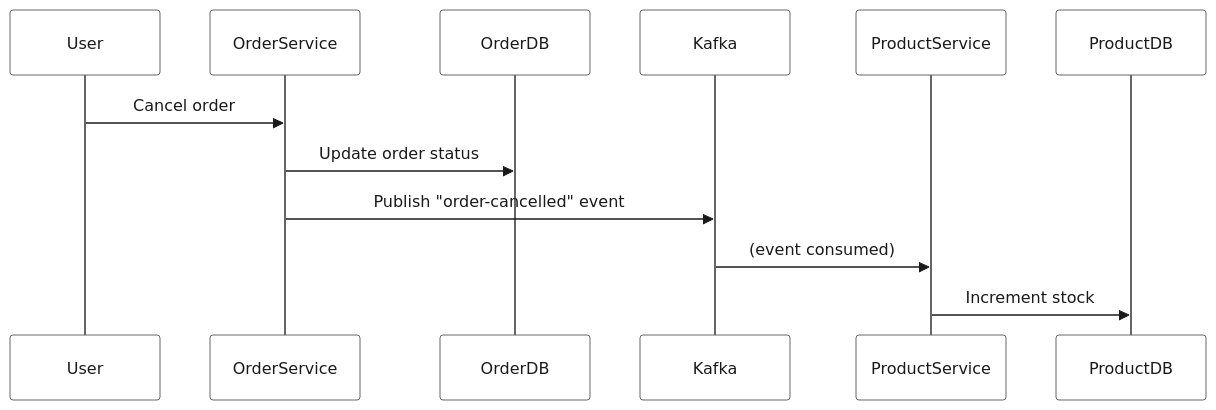
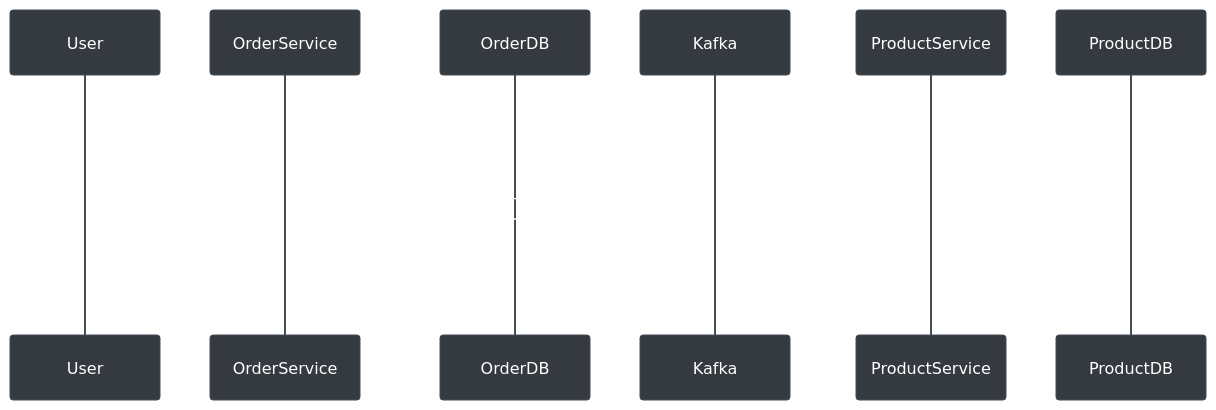
The second of 2 diagrams in README.md (Jeethanxx01/Enterprise-E-Commerce-Microservices-Platform), drawn with Mermaid before and after one commit. The commit also changed other lines of this file, not shown here.

````diff
--- a/README.md
+++ b/README.md
@@ -145,16 +145,16 @@
 ```mermaid
-%%{init: {'theme': 'base', 'themeVariables': { 'fontSize': '16px', 'fontFamily': 'arial', 'primaryColor': '#ffffff', 'primaryTextColor': '#1a1a1a', 'primaryBorderColor': '#666666', 'lineColor': '#1a1a1a', 'secondaryColor': '#f2f2f2', 'tertiaryColor': '#e6e6e6'}}}%%
+%%{init: {'theme': 'base', 'themeVariables': { 'fontSize': '16px', 'fontFamily': 'arial', 'primaryColor': '#343a40', 'primaryTextColor': '#ffffff', 'primaryBorderColor': '#454d55', 'lineColor': '#1a1a1a', 'secondaryColor': '#f2f2f2', 'tertiaryColor': '#e6e6e6'}}}%%
 sequenceDiagram
     participant User
     participant OrderService
     participant OrderDB
     participant Kafka
     participant ProductService
     participant ProductDB
 
     User->>OrderService: Cancel order
     OrderService->>OrderDB: Update order status
     OrderService->>Kafka: Publish "order-cancelled" event
     Kafka->>ProductService: (event consumed)
     ProductService->>ProductDB: Increment stock
 ```
````
